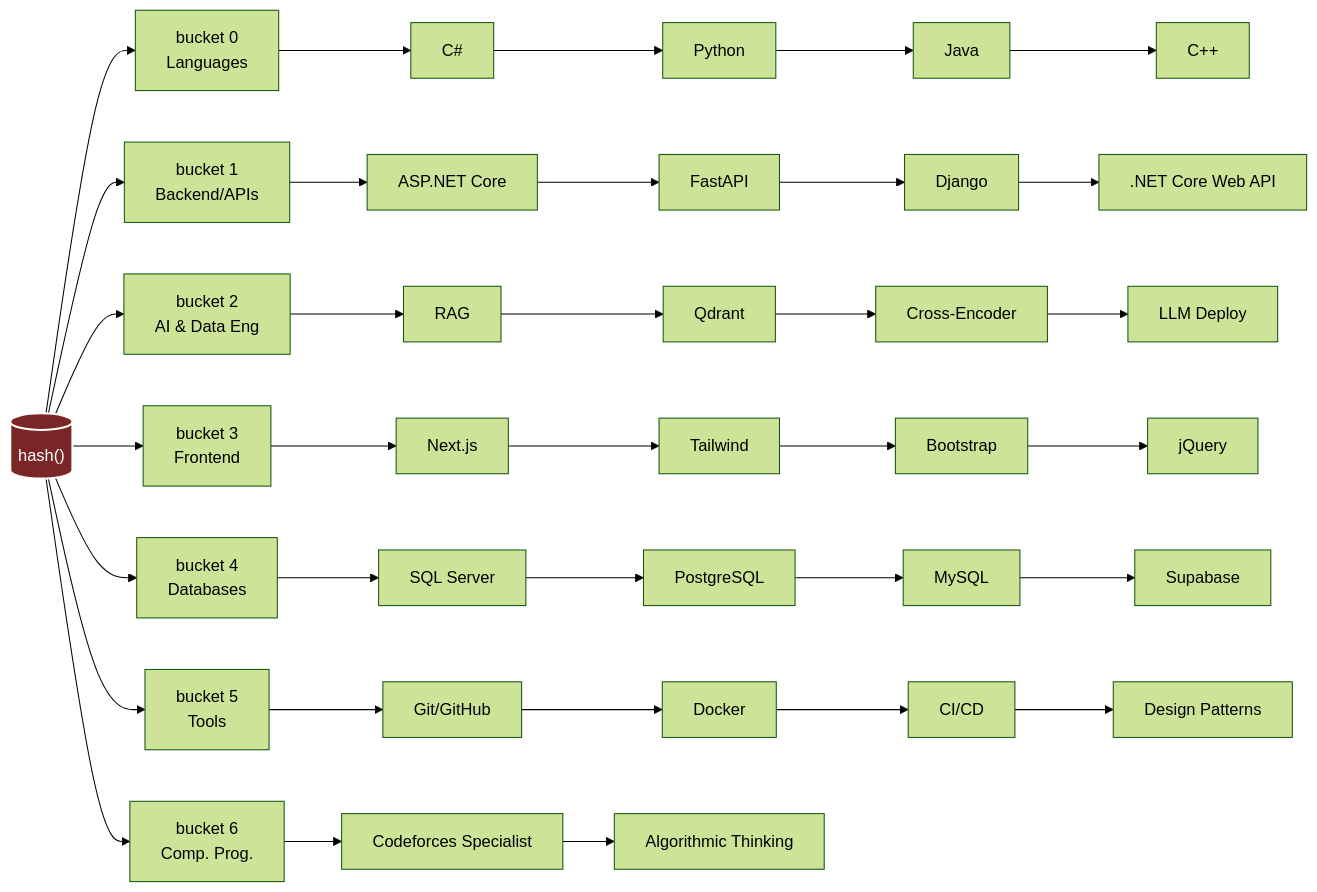
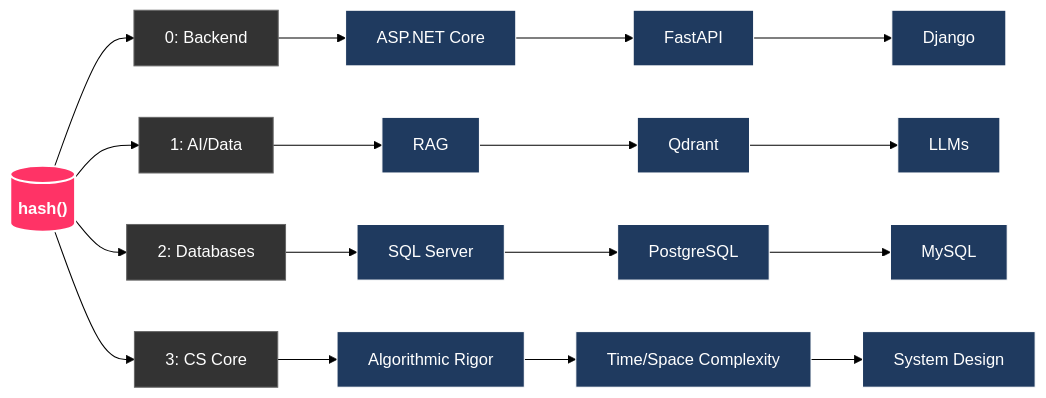
Before and after one commit to omar-28-2/omar-28-2: the fourth of 6 diagrams in README.md, drawn with Mermaid (forest theme).

````diff
--- a/README.md
+++ b/README.md
@@ -134,22 +134,18 @@
 ```mermaid
 graph LR
-    H[("hash()")]
+    classDef hash fill:#ff3366,color:#fff,stroke:#fff,stroke-width:2px,font-weight:bold
+    classDef bucket fill:#333,color:#fff,stroke:#666
+    classDef item fill:#1f3a5f,color:#fff,stroke:#fff
 
-    H --> B0["bucket 0<br/>Languages"]
-    H --> B1["bucket 1<br/>Backend/APIs"]
-    H --> B2["bucket 2<br/>AI & Data Eng"]
-    H --> B3["bucket 3<br/>Frontend"]
-    H --> B4["bucket 4<br/>Databases"]
-    H --> B5["bucket 5<br/>Tools"]
-    H --> B6["bucket 6<br/>Comp. Prog."]
+    H[("hash()")]:::hash
 
-    B0 --> B0a[C#] --> B0b[Python] --> B0c[Java] --> B0d[C++]
-    B1 --> B1a[ASP.NET Core] --> B1b[FastAPI] --> B1c[Django] --> B1d[.NET Core Web API]
-    B2 --> B2a[RAG] --> B2b[Qdrant] --> B2c[Cross-Encoder] --> B2d[LLM Deploy]
-    B3 --> B3a[Next.js] --> B3b[Tailwind] --> B3c[Bootstrap] --> B3d[jQuery]
-    B4 --> B4a[SQL Server] --> B4b[PostgreSQL] --> B4c[MySQL] --> B4d[Supabase]
-    B5 --> B5a[Git/GitHub] --> B5b[Docker] --> B5c[CI/CD] --> B5d[Design Patterns]
-    B6 --> B6a[Codeforces Specialist] --> B6b[Algorithmic Thinking]
+    H --> B0["0: Backend"]:::bucket
+    H --> B1["1: AI/Data"]:::bucket
+    H --> B2["2: Databases"]:::bucket
+    H --> B3["3: CS Core"]:::bucket
 
-    style H fill:#7a2626,color:#fff,stroke:#fff,stroke-width:2px
+    B0 --> B0a[ASP.NET Core]:::item --> B0b[FastAPI]:::item --> B0c[Django]:::item
+    B1 --> B1a[RAG]:::item --> B1b[Qdrant]:::item --> B1c[LLMs]:::item
+    B2 --> B2a[SQL Server]:::item --> B2b[PostgreSQL]:::item --> B2c[MySQL]:::item
+    B3 --> B3a[Algorithmic Rigor]:::item --> B3b[Time/Space Complexity]:::item --> B3c[System Design]:::item
 ```
````
